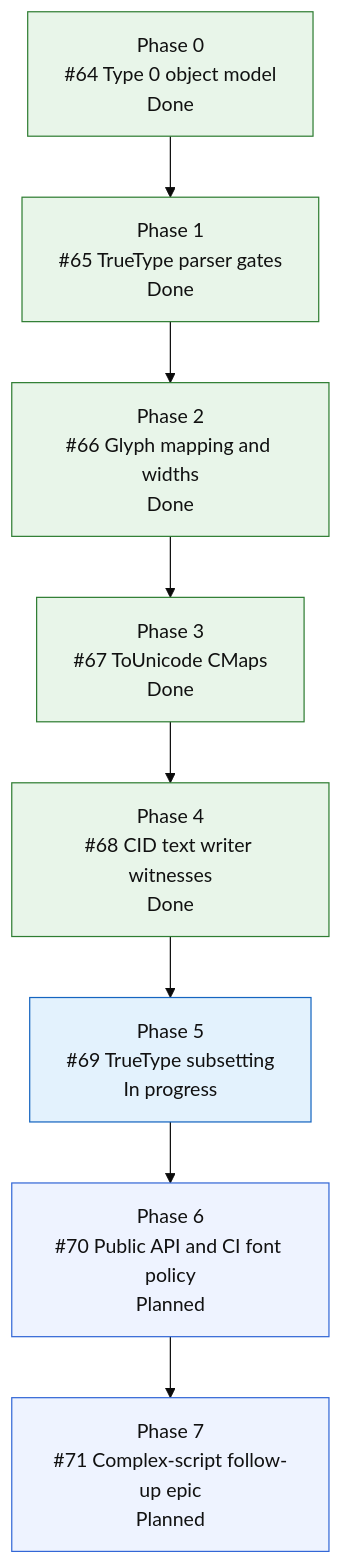
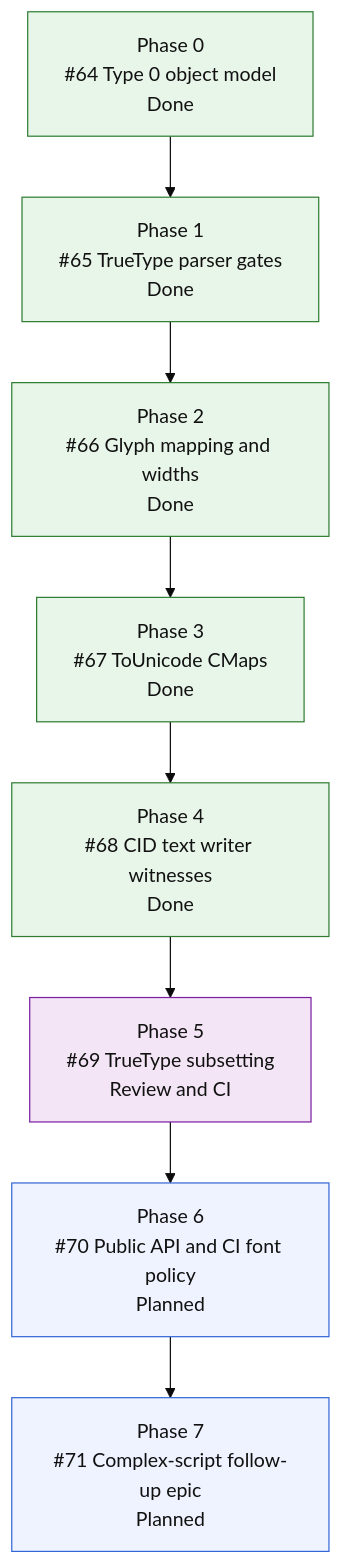
The third of 3 diagrams in README.md (mihaelamj/MarkdownPDF), drawn with Mermaid (base theme) before and after one commit. The commit also changed 7 other files, not shown here.

Commit message:
feat: add TrueType font subsetting

````diff
--- a/README.md
+++ b/README.md
@@ -243,22 +243,22 @@
 ```mermaid
 flowchart TD
     E0["Phase 0<br/>#64 Type 0 object model<br/>Done"]
     E1["Phase 1<br/>#65 TrueType parser gates<br/>Done"]
     E2["Phase 2<br/>#66 Glyph mapping and widths<br/>Done"]
     E3["Phase 3<br/>#67 ToUnicode CMaps<br/>Done"]
     E4["Phase 4<br/>#68 CID text writer witnesses<br/>Done"]
-    E5["Phase 5<br/>#69 TrueType subsetting<br/>In progress"]
+    E5["Phase 5<br/>#69 TrueType subsetting<br/>Review and CI"]
     E6["Phase 6<br/>#70 Public API and CI font policy<br/>Planned"]
     E7["Phase 7<br/>#71 Complex-script follow-up epic<br/>Planned"]
 
     E0 --> E1 --> E2 --> E3 --> E4 --> E5 --> E6 --> E7
 
     classDef done fill:#e8f5e9,stroke:#2e7d32,color:#111;
     classDef active fill:#e3f2fd,stroke:#1565c0,color:#111;
     classDef review fill:#f3e5f5,stroke:#7b1fa2,color:#111;
     classDef next fill:#fff8e1,stroke:#f9a825,color:#111;
     classDef todo fill:#eef3ff,stroke:#3367d6,color:#111;
     class E0,E1,E2,E3,E4 done;
-    class E5 active;
+    class E5 review;
     class E6,E7 todo;
 ```
````
